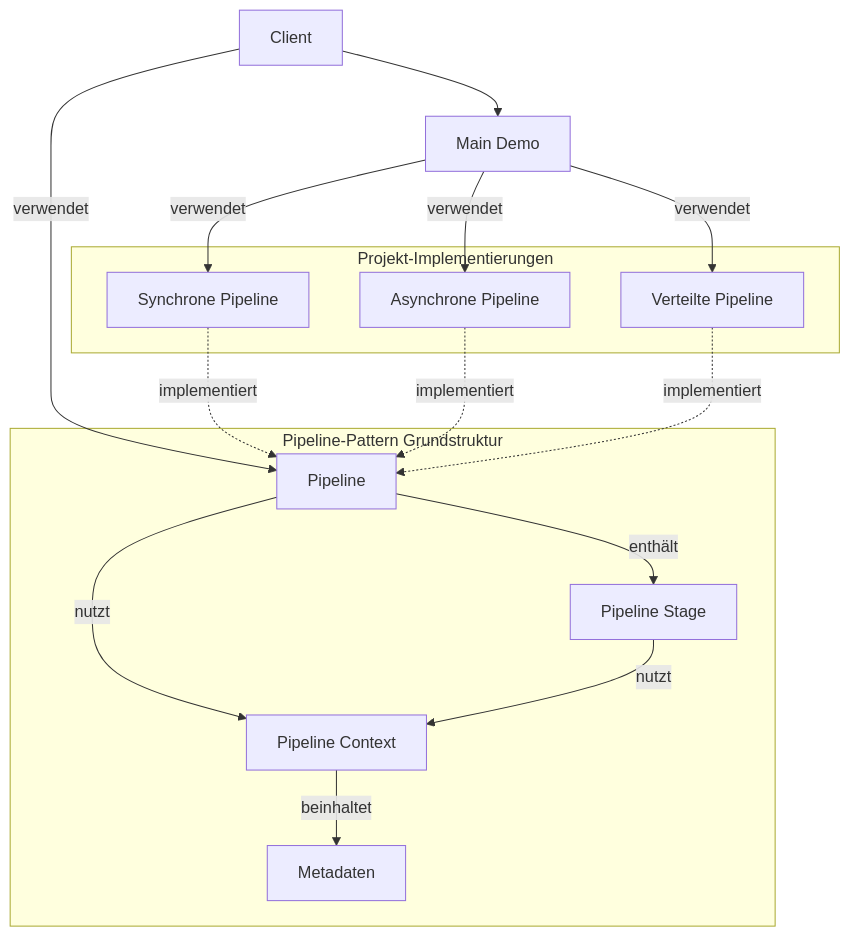
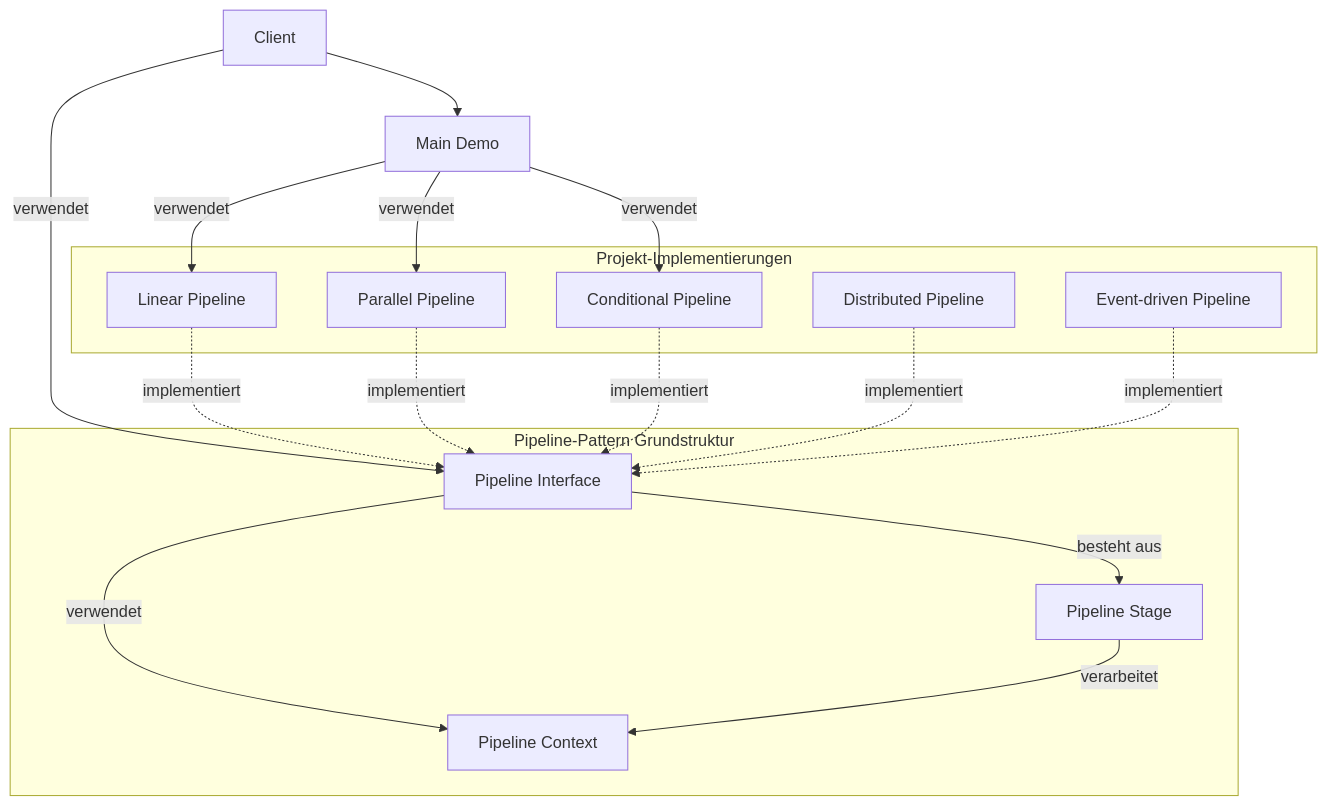
The first of 11 diagrams in Pipeline/docs/README.md (scimbe/VS_Pattern_By_KI), drawn with Mermaid before and after one commit. The commit also changed other lines of this file and 19 other files, not shown here.

````diff
--- a/Pipeline/docs/README.md
+++ b/Pipeline/docs/README.md
@@ -17,22 +17,26 @@
 ```mermaid
 graph TD
-    Client[Client] --> |verwendet| Pipeline[Pipeline]
+    Client[Client] --> |verwendet| Pipeline[Pipeline Interface]
 
     subgraph "Pipeline-Pattern Grundstruktur"
-        Pipeline --> |enthält| Stage[Pipeline Stage]
-        Pipeline --> |nutzt| Context[Pipeline Context]
-        Context --> |beinhaltet| Metadata[Metadaten]
-        Stage --> |nutzt| Context
+        Pipeline
+        Stage[Pipeline Stage]
+        Context[Pipeline Context]
+        Pipeline --> |besteht aus| Stage
+        Pipeline --> |verwendet| Context
+        Stage --> |verarbeitet| Context
     end
 
     subgraph "Projekt-Implementierungen"
-        SyncPipeline[Synchrone Pipeline] -.-> |implementiert| Pipeline
-        AsyncPipeline[Asynchrone Pipeline] -.-> |implementiert| Pipeline
-        DistPipeline[Verteilte Pipeline] -.-> |implementiert| Pipeline
+        LinearPipeline[Linear Pipeline] -.-> |implementiert| Pipeline
+        ParallelPipeline[Parallel Pipeline] -.-> |implementiert| Pipeline
+        ConditionalPipeline[Conditional Pipeline] -.-> |implementiert| Pipeline
+        DistributedPipeline[Distributed Pipeline] -.-> |implementiert| Pipeline
+        EventDrivenPipeline[Event-driven Pipeline] -.-> |implementiert| Pipeline
     end
 
     Client --> Main[Main Demo]
-    Main --> |verwendet| SyncPipeline
-    Main --> |verwendet| AsyncPipeline
-    Main --> |verwendet| DistPipeline
+    Main --> |verwendet| LinearPipeline
+    Main --> |verwendet| ParallelPipeline
+    Main --> |verwendet| ConditionalPipeline
 ```
````
